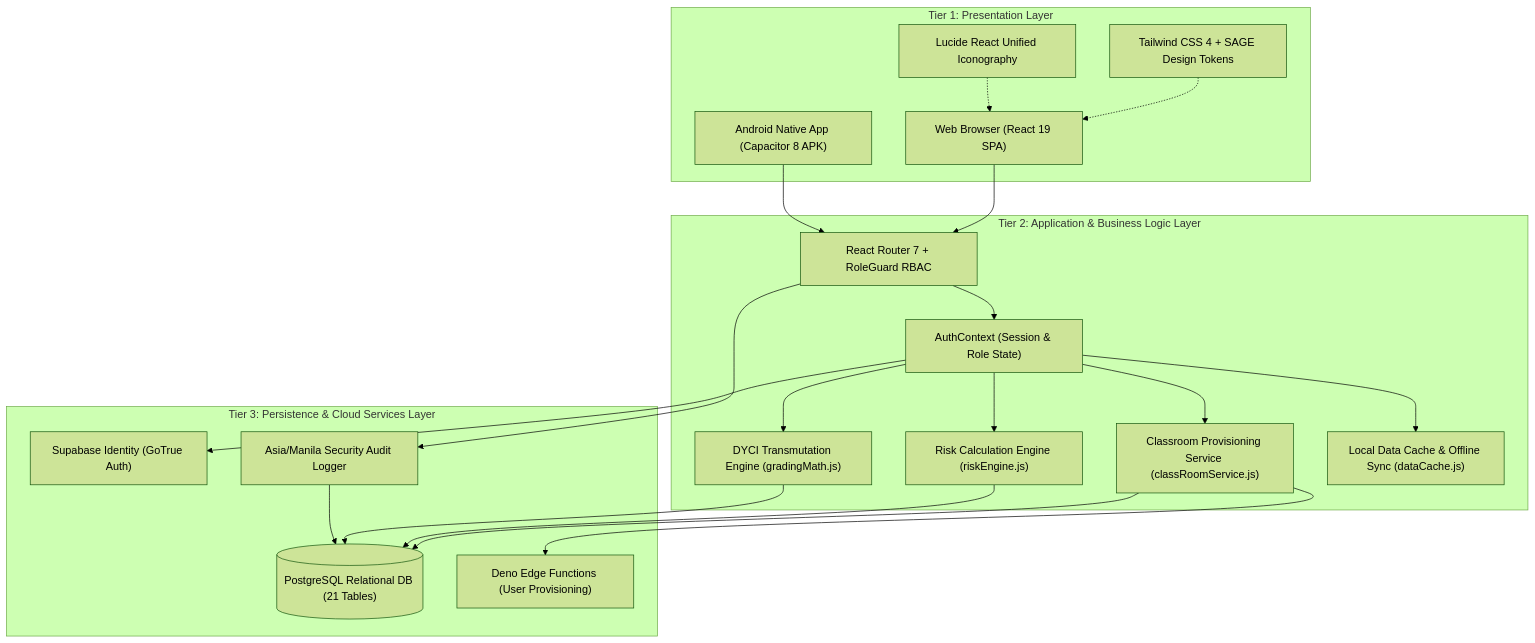
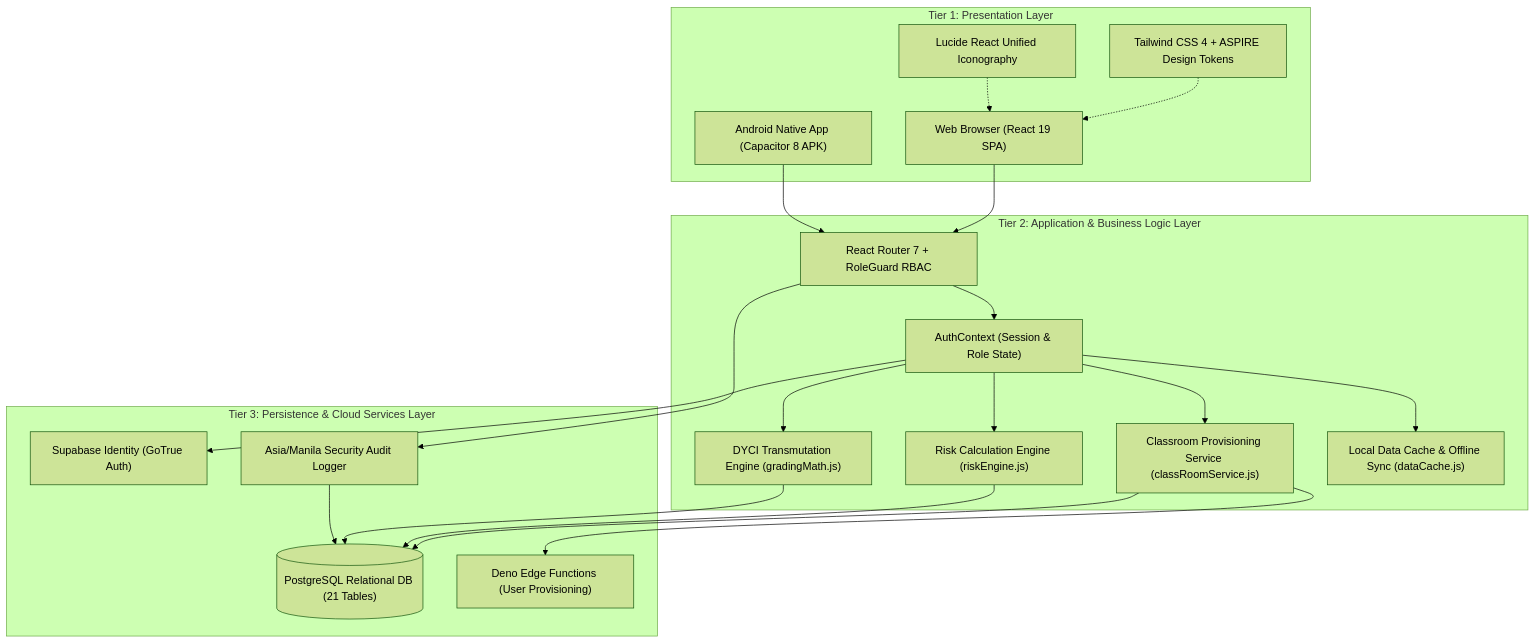
One commit to kurarensu16/sage changed the second of 4 diagrams in docs/aspire/ASPIRE-System-Scope-SRS-and-Architecture.md. Above: the diagram before and after it, drawn with Mermaid (forest theme). The commit also changed other lines of this file and 96 other files, not shown here.

````diff
--- a/docs/aspire/ASPIRE-System-Scope-SRS-and-Architecture.md
+++ b/docs/aspire/ASPIRE-System-Scope-SRS-and-Architecture.md
@@ -312,44 +312,44 @@
 ```mermaid
 graph TB
     subgraph "Tier 1: Presentation Layer"
         PWA["Web Browser (React 19 SPA)"]
         MOB["Android Native App (Capacitor 8 APK)"]
-        TAILWIND["Tailwind CSS 4 + SAGE Design Tokens"]
+        TAILWIND["Tailwind CSS 4 + ASPIRE Design Tokens"]
         LUCIDE["Lucide React Unified Iconography"]
     end
 
     subgraph "Tier 2: Application & Business Logic Layer"
         ROUTER["React Router 7 + RoleGuard RBAC"]
         AUTH_CTX["AuthContext (Session & Role State)"]
         RISK_ENG["Risk Calculation Engine (riskEngine.js)"]
         GRADE_MATH["DYCI Transmutation Engine (gradingMath.js)"]
         CLASS_SRV["Classroom Provisioning Service (classRoomService.js)"]
         CACHE_MGR["Local Data Cache & Offline Sync (dataCache.js)"]
     end
 
     subgraph "Tier 3: Persistence & Cloud Services Layer"
         SUPA_AUTH["Supabase Identity (GoTrue Auth)"]
         PG_DB[("PostgreSQL Relational DB (21 Tables)")]
         EDGE_FN["Deno Edge Functions (User Provisioning)"]
         AUDIT_SYS["Asia/Manila Security Audit Logger"]
     end
 
     PWA --> ROUTER
     MOB --> ROUTER
     TAILWIND -.-> PWA
     LUCIDE -.-> PWA
 
     ROUTER --> AUTH_CTX
     AUTH_CTX --> CLASS_SRV
     AUTH_CTX --> RISK_ENG
     AUTH_CTX --> GRADE_MATH
     AUTH_CTX --> CACHE_MGR
 
     CLASS_SRV --> PG_DB
     RISK_ENG --> PG_DB
     GRADE_MATH --> PG_DB
     AUTH_CTX --> SUPA_AUTH
     CLASS_SRV --> EDGE_FN
     ROUTER --> AUDIT_SYS
     AUDIT_SYS --> PG_DB
 ```
````
